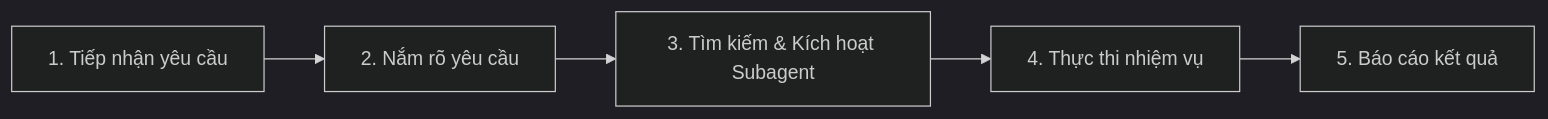
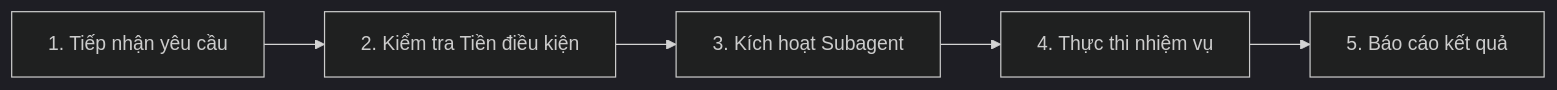
The first of 2 diagrams in AGENTS.md (tinnguyen0706/hci-petcare), drawn with Mermaid (dark theme) before and after one commit. The commit also changed other lines of this file and 4 other files, not shown here.

````diff
--- a/AGENTS.md
+++ b/AGENTS.md
@@ -65,7 +70,7 @@
 ```mermaid
 graph LR
-    Step1["1. Tiếp nhận yêu cầu"] --> Step2["2. Nắm rõ yêu cầu"]
-    Step2 --> Step3["3. Tìm kiếm & Kích hoạt Subagent"]
+    Step1["1. Tiếp nhận yêu cầu"] --> Step2["2. Kiểm tra Tiền điều kiện"]
+    Step2 --> Step3["3. Kích hoạt Subagent"]
     Step3 --> Step4["4. Thực thi nhiệm vụ"]
     Step4 --> Step5["5. Báo cáo kết quả"]
 ```
````
